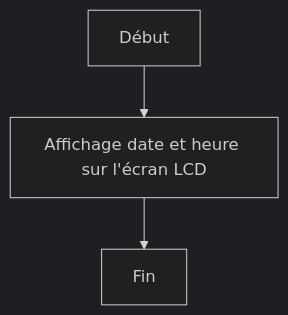
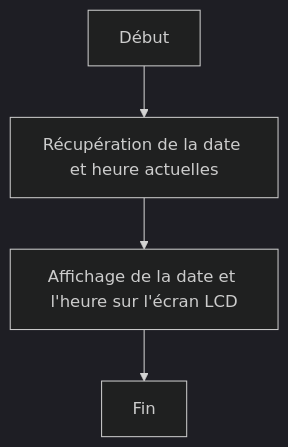
One commit to purplekan/S.P.A.R.K. changed the third of 3 diagrams in README.md. Above: the diagram before and after it, drawn with Mermaid (dark theme). The commit also changed other lines of this file, not shown here.

````diff
--- a/README.md
+++ b/README.md
@@ -201,5 +218,6 @@
 ```mermaid
 graph TD;
-    A[Début] --> B[Affichage date et heure sur l'écran LCD];
-    B --> C[Fin];
+    A[Début] --> B[Récupération de la date et heure actuelles];
+    B --> C[Affichage de la date et l'heure sur l'écran LCD];
+    C --> D[Fin];
 ```
````
